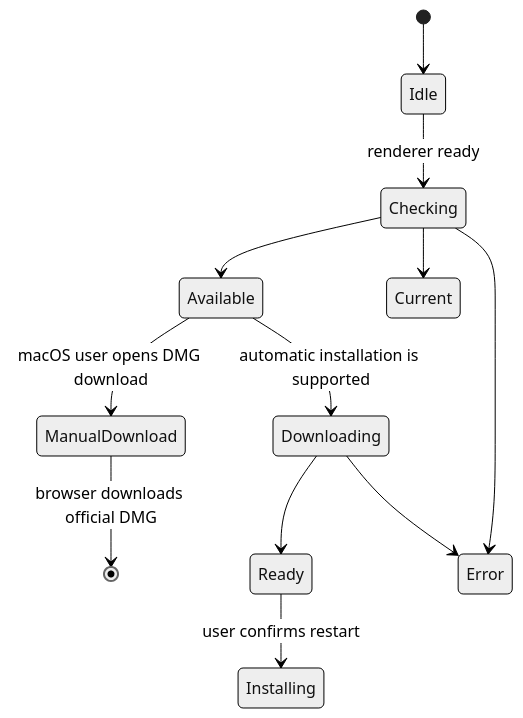
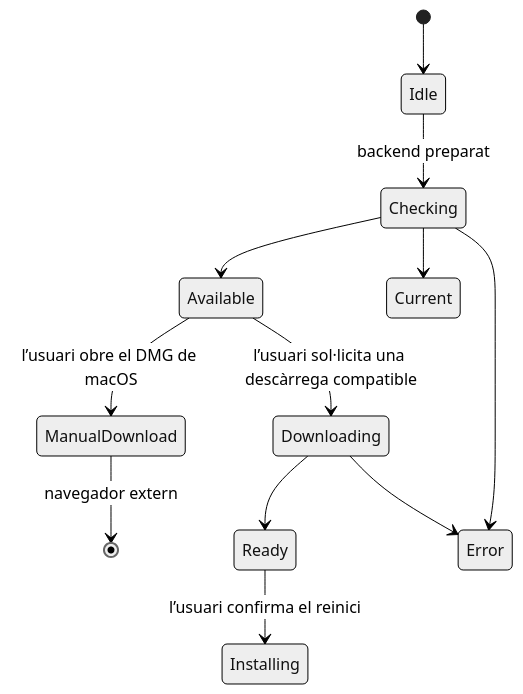
Before and after one commit to ismigar/Gnosi: the diagram in docs/engineering-ca/domains/desktop-clients.md, drawn with Mermaid (neutral theme). The commit also changed other lines of this file and 6 other files, not shown here.

````diff
--- a/docs/engineering-ca/domains/desktop-clients.md
+++ b/docs/engineering-ca/domains/desktop-clients.md
@@ -160,14 +211,14 @@
 ```mermaid
 stateDiagram-v2
     [*] --> Idle
-    Idle --> Checking: renderer ready
+    Idle --> Checking: backend preparat
     Checking --> Available
     Checking --> Current
     Checking --> Error
-    Available --> ManualDownload: macOS user opens DMG download
-    Available --> Downloading: automatic installation is supported
-    ManualDownload --> [*]: browser downloads official DMG
+    Available --> ManualDownload: l’usuari obre el DMG de macOS
+    Available --> Downloading: l’usuari sol·licita una descàrrega compatible
+    ManualDownload --> [*]: navegador extern
     Downloading --> Ready
     Downloading --> Error
-    Ready --> Installing: user confirms restart
+    Ready --> Installing: l’usuari confirma el reinici
 ```
````
